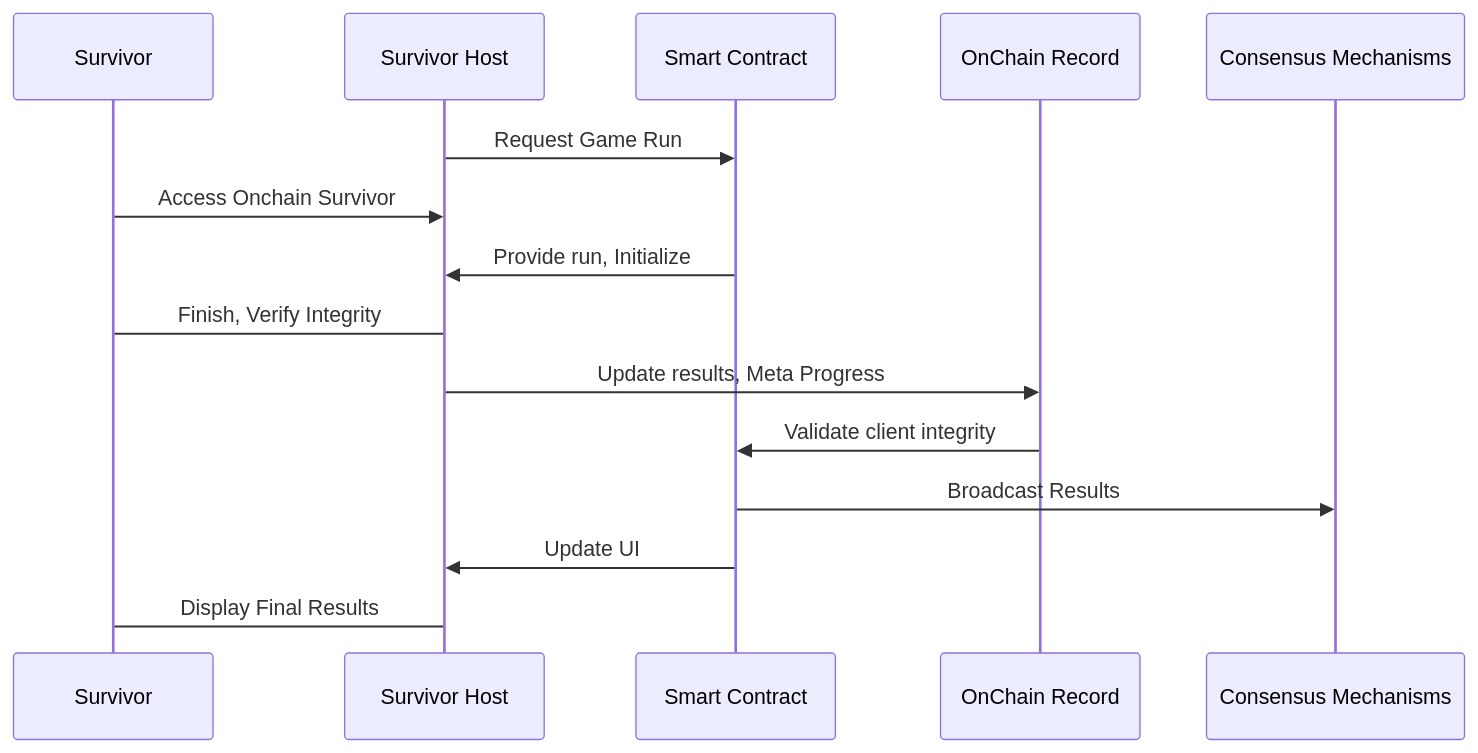
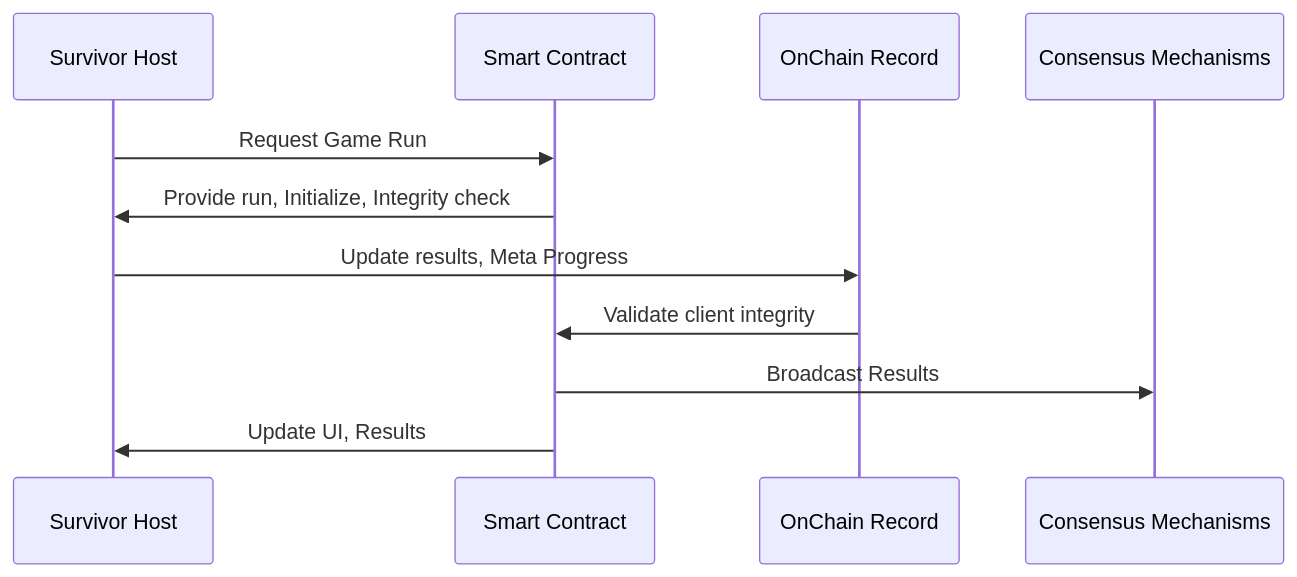
Before and after one commit to OnChainSurvivor/OnChainSurvivor: the third of 3 diagrams in README.md, drawn with Mermaid. The commit also changed other lines of this file, not shown here.

````diff
--- a/README.md
+++ b/README.md
@@ -152,17 +144,13 @@
 ```mermaid
    sequenceDiagram
-    participant User as Survivor
     participant Client as Survivor Host
     participant SmartContract as Smart Contract
     participant OnChainData as OnChain Record
     participant Consensus as Consensus Mechanisms
     Client ->> SmartContract: Request Game Run
-    User ->> Client: Access Onchain Survivor
-    SmartContract ->> Client: Provide run, Initialize
-    User -> Client: Finish, Verify Integrity
+    SmartContract ->> Client: Provide run, Initialize, Integrity check
     Client ->> OnChainData: Update results, Meta Progress
     OnChainData ->> SmartContract: Validate client integrity
     SmartContract ->> Consensus: Broadcast Results
-    SmartContract ->> Client: Update UI
-    Client -> User: Display Final Results
+    SmartContract ->> Client: Update UI, Results
 ```
````
